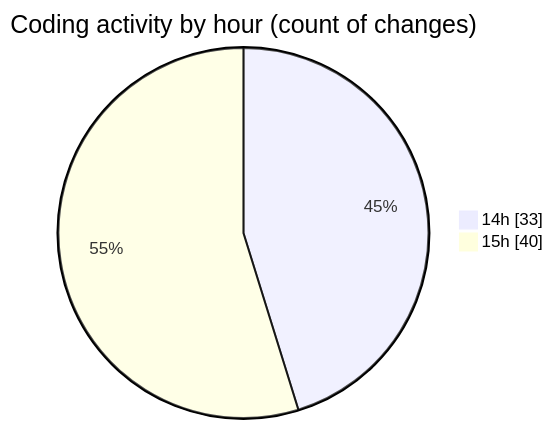
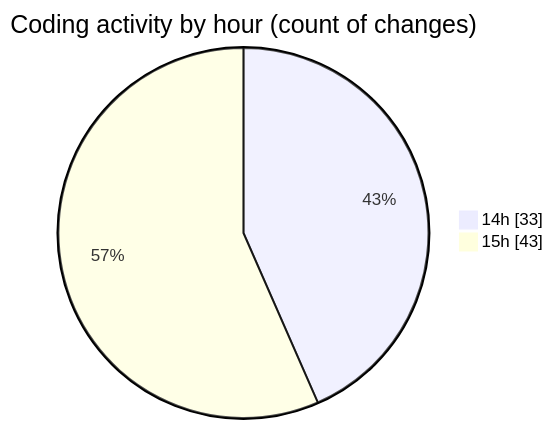
One commit to NitaiMahat/code-tracking changed the second of 2 diagrams in 2025-02-07/recipe-page-main/README.md. Above: the diagram before and after it, drawn with Mermaid. The commit also changed other lines of this file and 1 other file, not shown here.

````diff
--- a/2025-02-07/recipe-page-main/README.md
+++ b/2025-02-07/recipe-page-main/README.md
@@ -30,6 +30,6 @@
 ```mermaid
 pie showData
 title Coding activity by hour (count of changes)
 "14h" : 33
-"15h" : 40
+"15h" : 43
 ```
````
